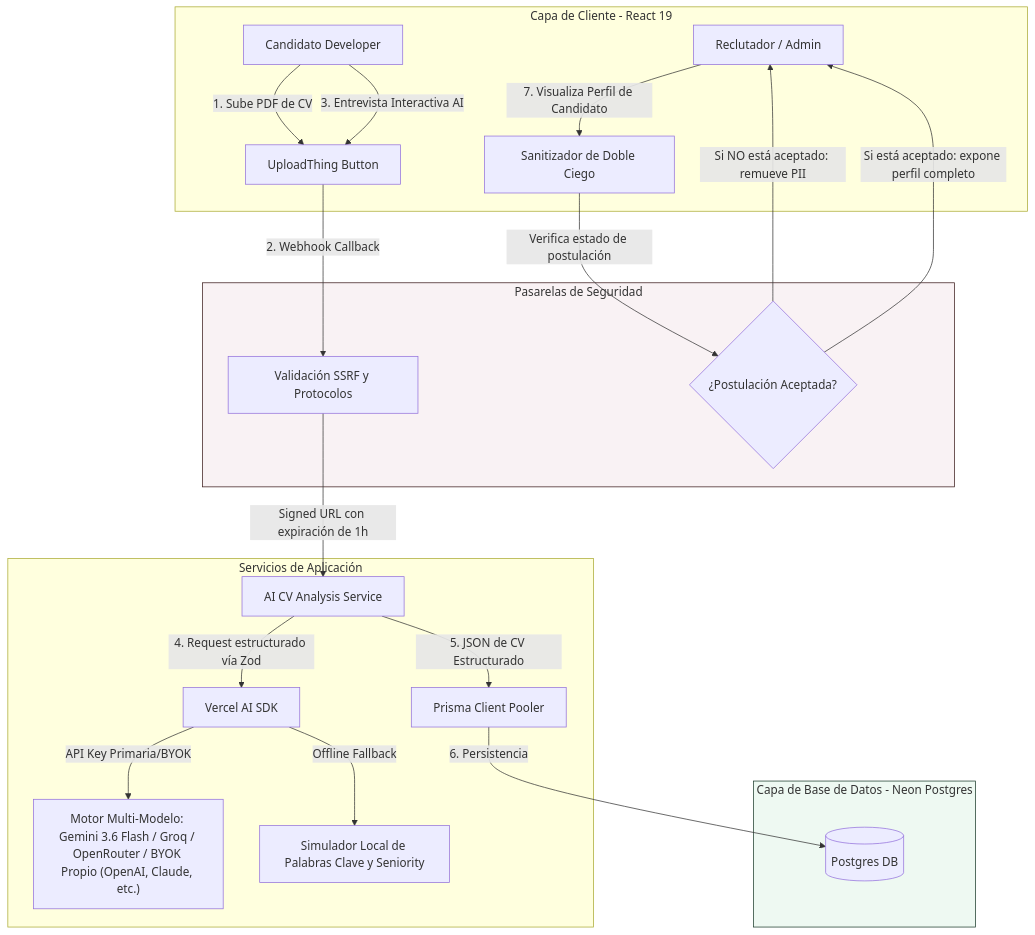
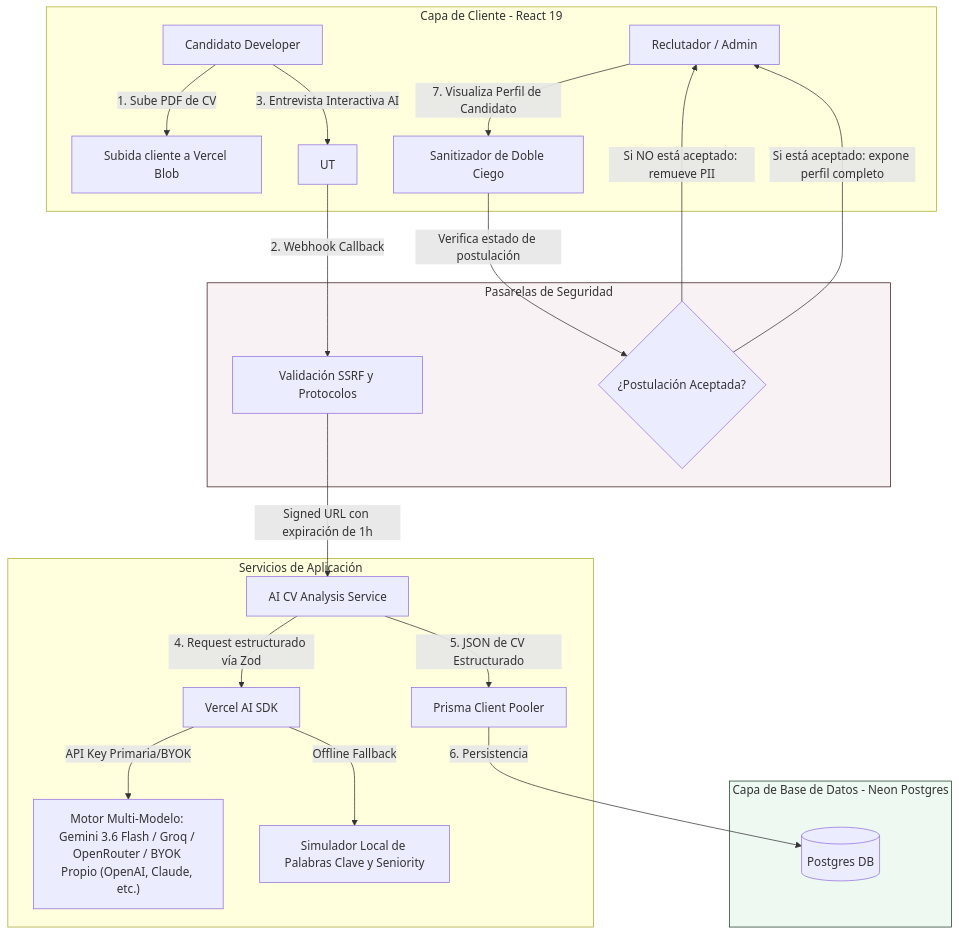
Before and after one commit to eliann313/SkillRadar: the diagram in docs/README.es.md, drawn with Mermaid. The commit also changed other lines of this file and 19 other files, not shown here.

Commit message:
feat(storage): migrar subida de CVs de UploadThing a Vercel Blob

````diff
--- a/docs/README.es.md
+++ b/docs/README.es.md
@@ -22,30 +22,30 @@
 ```mermaid
 graph TD
     subgraph Client [Capa de Cliente - React 19]
-        C[Candidato Developer] -->|1. Sube PDF de CV| UT[UploadThing Button]
+        C[Candidato Developer] -->|1. Sube PDF de CV| BLOB[Subida cliente a Vercel Blob]
         C -->|3. Entrevista Interactiva AI| UT
         R[Reclutador / Admin] -->|7. Visualiza Perfil de Candidato| DBV[Sanitizador de Doble Ciego]
     end
 
     subgraph Security [Pasarelas de Seguridad]
         UT -->|2. Webhook Callback| SSRF[Validación SSRF y Protocolos]
         DBV -->|Verifica estado de postulación| DB_Sec{¿Postulación Aceptada?}
     end
 
     subgraph Service [Servicios de Aplicación]
         SSRF -->|Signed URL con expiración de 1h| AI[AI CV Analysis Service]
         AI -->|4. Request estructurado vía Zod| VSDK[Vercel AI SDK]
         VSDK -->|API Key Primaria/BYOK| LLM["Motor Multi-Modelo: Gemini 3.6 Flash / Groq / OpenRouter / BYOK Propio (OpenAI, Claude, etc.)"]
         VSDK -->|Offline Fallback| MOCK[Simulador Local de Palabras Clave y Seniority]
         AI -->|5. JSON de CV Estructurado| Prisma[Prisma Client Pooler]
     end
 
     subgraph DB [Capa de Base de Datos - Neon Postgres]
         Prisma -->|6. Persistencia| PGDB[(Postgres DB)]
         DB_Sec -->|Si NO está aceptado: remueve PII| R
         DB_Sec -->|Si está aceptado: expone perfil completo| R
     end
 
     style Security fill:#f9f2f4,stroke:#3a1a1a,stroke-width:1px
     style DB fill:#eef9f2,stroke:#1a3a2a,stroke-width:1px
 ```
````
